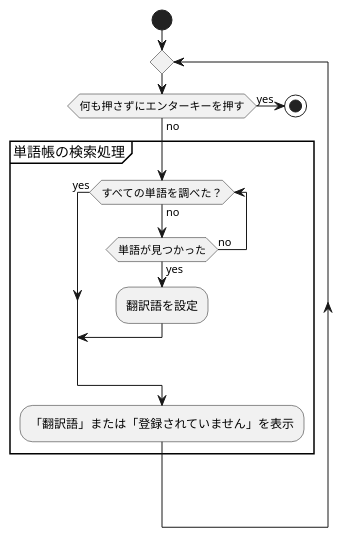
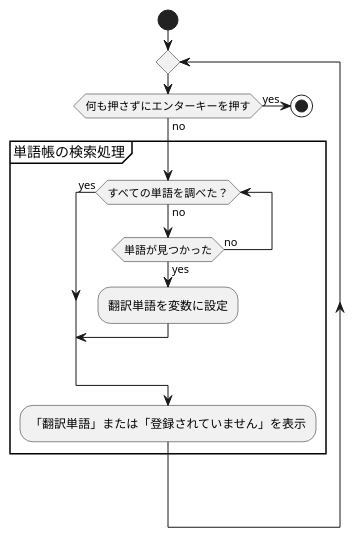
The diagram in vocabulary-book/documents/chapter1-2.adoc (raindrop-aqua/learn-java), drawn with PlantUML before and after one commit. The commit also changed other lines of this file and 9 other files, not shown here.

```diff
--- a/vocabulary-book/documents/chapter1-2.adoc
+++ b/vocabulary-book/documents/chapter1-2.adoc
@@ -55,22 +56,22 @@
 [plantuml]
 ----
 @startuml
 start
 repeat
     if (何も押さずにエンターキーを押す) then (yes)
         stop
     else (no)
         partition 単語帳の検索処理 {
             while (すべての単語を調べた？) is (no)
                 if (単語が見つかった) then (yes)
-                    :翻訳語を設定;
+                    :翻訳単語を変数に設定;
                     break
                 else (no)
                 endif
             end while(yes)
-            :「翻訳語」または「登録されていません」を表示;
+            :「翻訳単語」または「登録されていません」を表示;
         }
     endif
 repeatwhile
 @enduml
 ----
```
